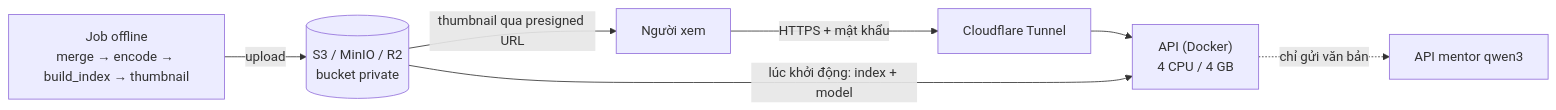
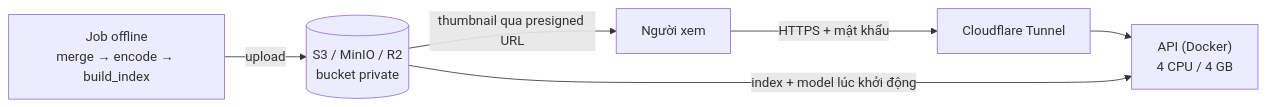
Before and after one commit to dkvippro2k5/img-search-system: the second of 2 diagrams in README.md, drawn with Mermaid. The commit also changed other lines of this file, not shown here.

````diff
--- a/README.md
+++ b/README.md
@@ -115,9 +190,8 @@
 ```mermaid
 flowchart LR
-    J["Job offline<br/>merge → encode → build_index → thumbnail"] -->|upload| S3[("S3 / MinIO / R2<br/>bucket private")]
+    J["Job offline<br/>merge → encode → build_index"] -->|upload| S3[("S3 / MinIO / R2<br/>bucket private")]
     U[Người xem] -->|HTTPS + mật khẩu| CF[Cloudflare Tunnel]
     CF --> API["API (Docker)<br/>4 CPU / 4 GB"]
-    S3 -->|lúc khởi động: index + model| API
+    S3 -->|index + model lúc khởi động| API
     S3 -->|thumbnail qua presigned URL| U
-    API -.->|chỉ gửi văn bản| M[API mentor qwen3]
 ```
````
